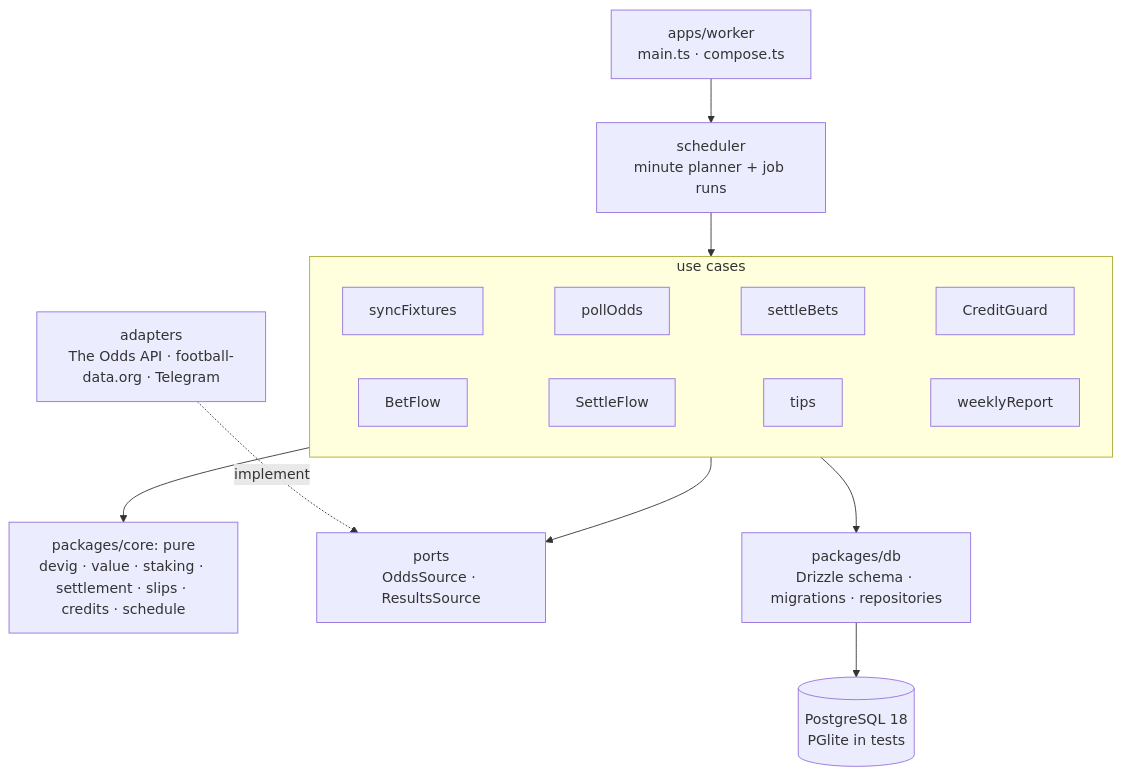
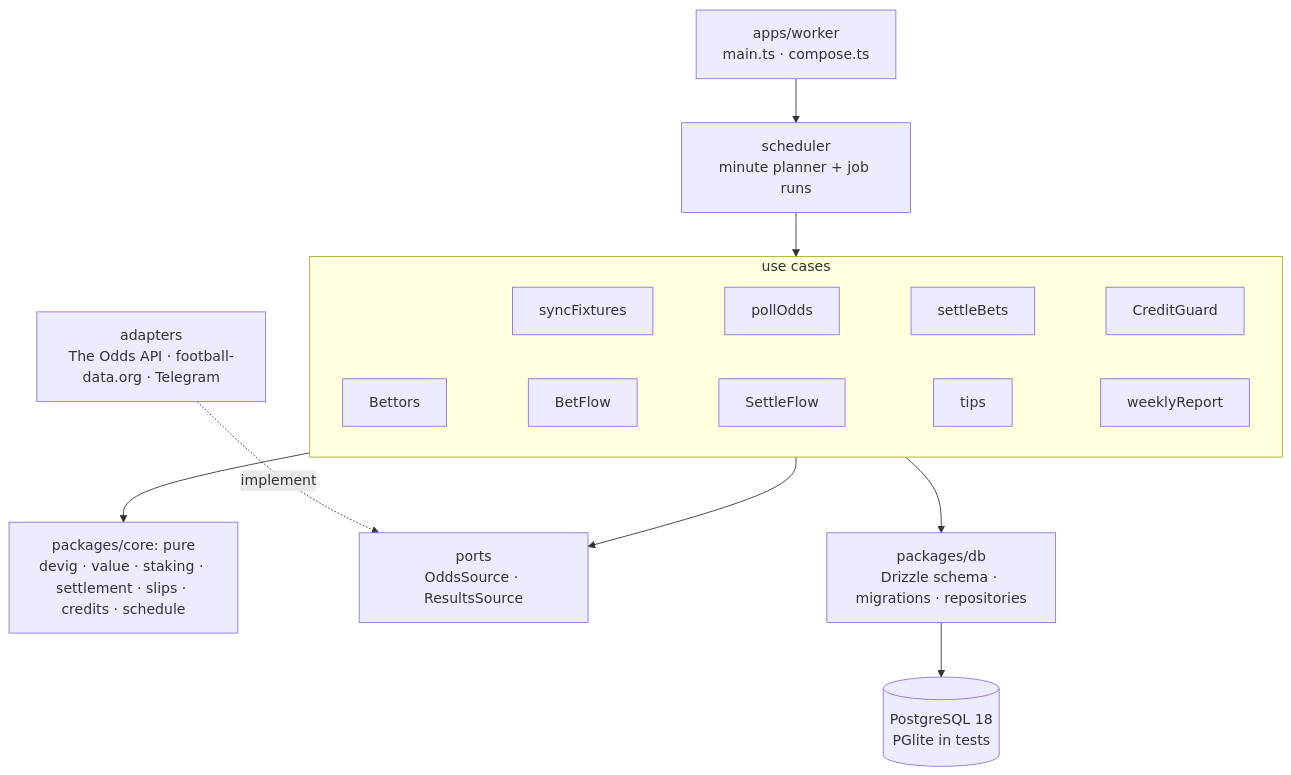
The second of 2 diagrams in README.md (achref-thamri/closing-line), drawn with Mermaid before and after one commit. The commit also changed 12 other files, not shown here.

First line of the commit message:
Split the bet flow into bettors, bet entry and formatting

````diff
--- a/README.md
+++ b/README.md
@@ -71,15 +71,15 @@
 ```mermaid
 flowchart TB
     main["apps/worker<br/>main.ts · compose.ts"] --> runner["scheduler<br/>minute planner + job runs"]
     runner --> app
     subgraph app["use cases"]
         direction LR
         a1[syncFixtures] ~~~ a2[pollOdds] ~~~ a3[settleBets] ~~~ a4[CreditGuard]
-        a5[BetFlow] ~~~ a6[SettleFlow] ~~~ a7[tips] ~~~ a8[weeklyReport]
+        a5[Bettors] ~~~ a6[BetFlow] ~~~ a7[SettleFlow] ~~~ a8[tips] ~~~ a9[weeklyReport]
     end
     app --> core["packages/core: pure<br/>devig · value · staking · settlement · slips · credits · schedule"]
     app --> ports["ports<br/>OddsSource · ResultsSource"]
     adapters["adapters<br/>The Odds API · football-data.org · Telegram"] -. implement .-> ports
     app --> db["packages/db<br/>Drizzle schema · migrations · repositories"]
     db --> pg[("PostgreSQL 18<br/>PGlite in tests")]
 ```
````
